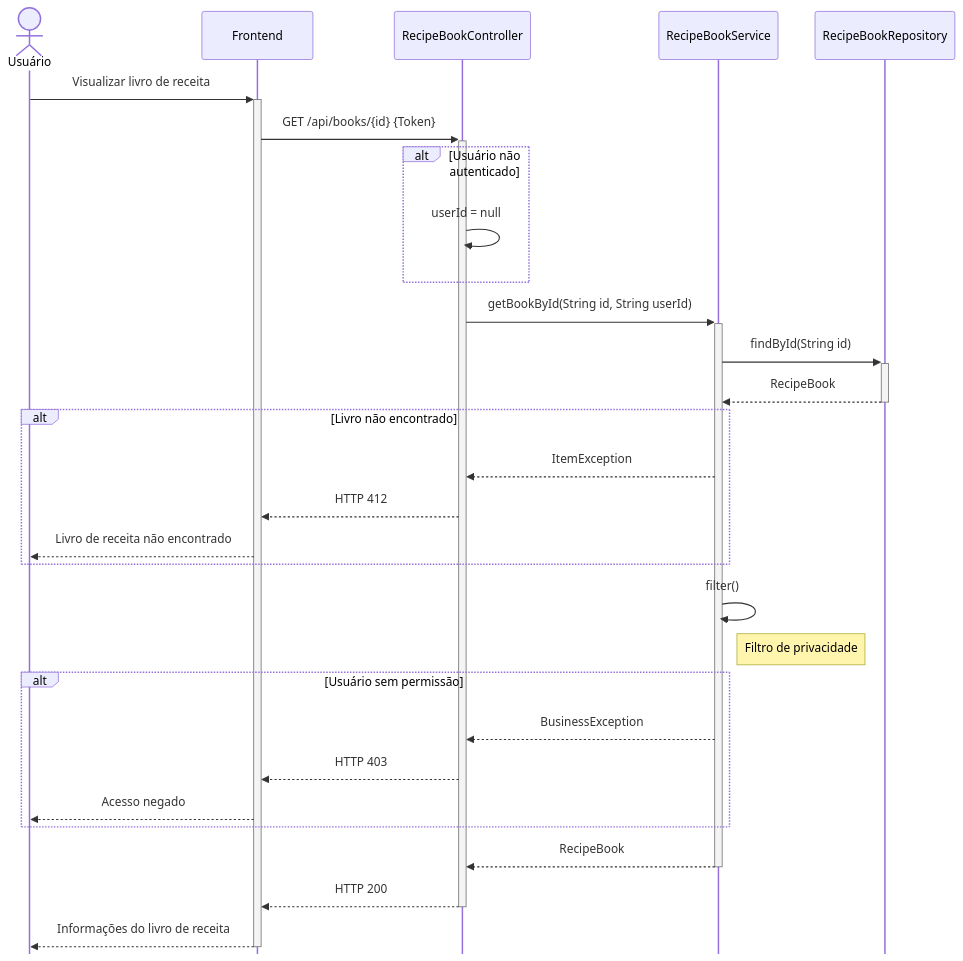
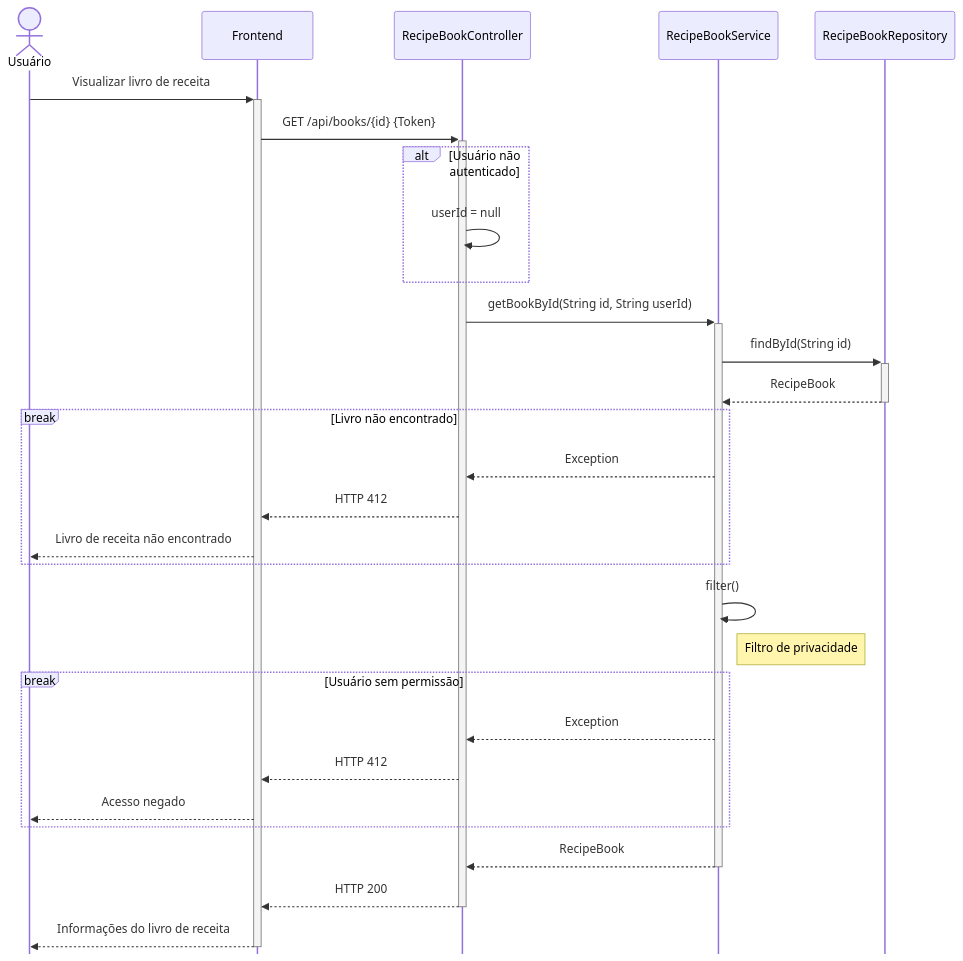
One commit to feliquisds/cooker-api changed the diagram in docs/Diagramas de Sequência/02 Visualizar livro de receita.mmd. Above: the diagram before and after it, drawn with Mermaid. The commit also changed 16 other files, not shown here.

```diff
--- a/docs/Diagramas de Sequência/02 Visualizar livro de receita.mmd
+++ b/docs/Diagramas de Sequência/02 Visualizar livro de receita.mmd
@@ -1,45 +1,45 @@
 ---
 config:
     mirrorActors: false
 ---
 
 sequenceDiagram
     actor U as Usuário
     participant F as Frontend
     participant C as RecipeBookController
     participant S as RecipeBookService
     participant R as RecipeBookRepository
 
     U->>+F: Visualizar livro de receita
     F->>+C: GET /api/books/{id} {Token}
 
     alt Usuário não autenticado
         C->>C: userId = null
     end
 
     C->>+S: getBookById(String id, String userId)
     S->>+R: findById(String id)
     R-->>-S: RecipeBook
 
-    alt Livro não encontrado
-        S-->>C: ItemException
+    break Livro não encontrado
+        S-->>C: Exception
         C-->>F: HTTP 412
         F-->>U: Livro de receita não encontrado
     end
 
     S->>S: filter()
     Note right of S: Filtro de privacidade
     %% Somente visível caso:
     %% - O usuário é o próprio dono do livro de receita
     %% - O usuário é público
     %% - O livro de receita é público
 
-    alt Usuário sem permissão
-        S-->>C: BusinessException
-        C-->>F: HTTP 403
+    break Usuário sem permissão
+        S-->>C: Exception
+        C-->>F: HTTP 412
         F-->>U: Acesso negado
     end
 
     S-->>-C: RecipeBook
     C-->>-F: HTTP 200
     F-->>-U: Informações do livro de receita
```
